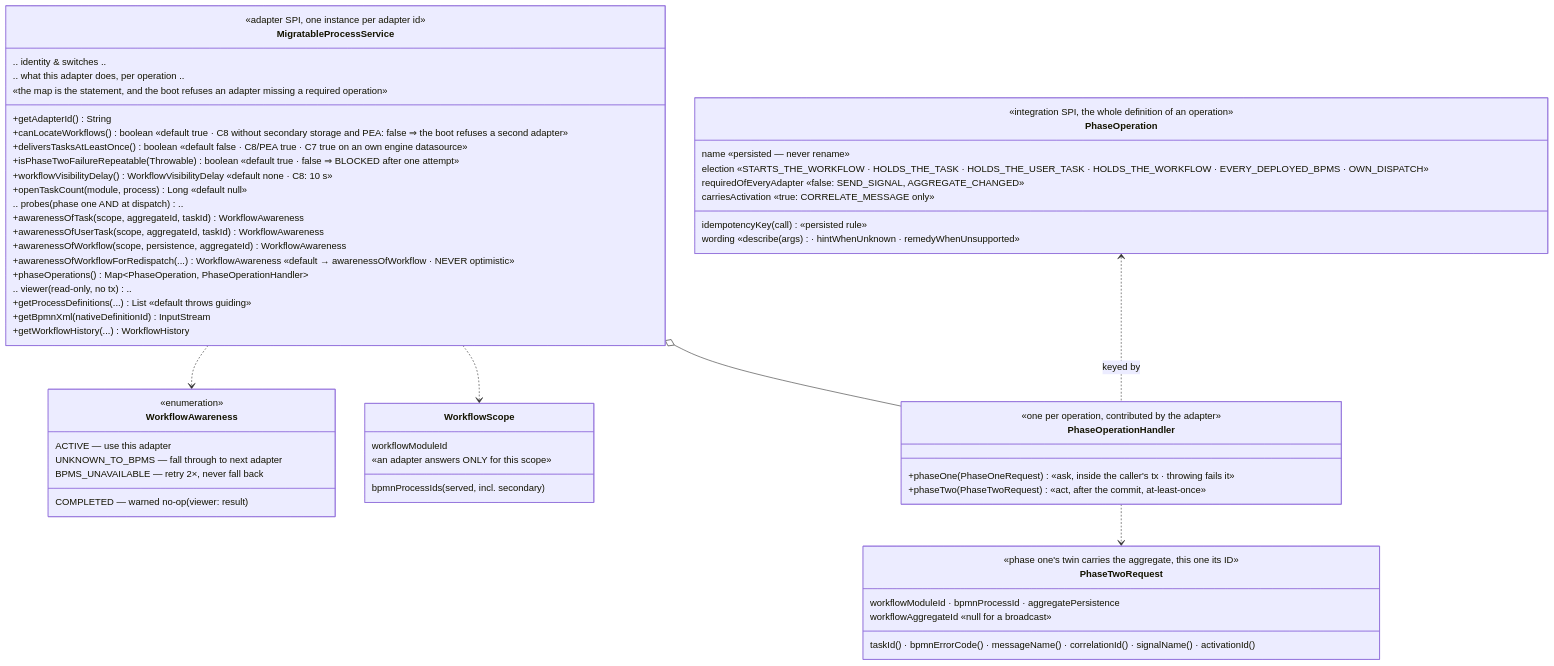
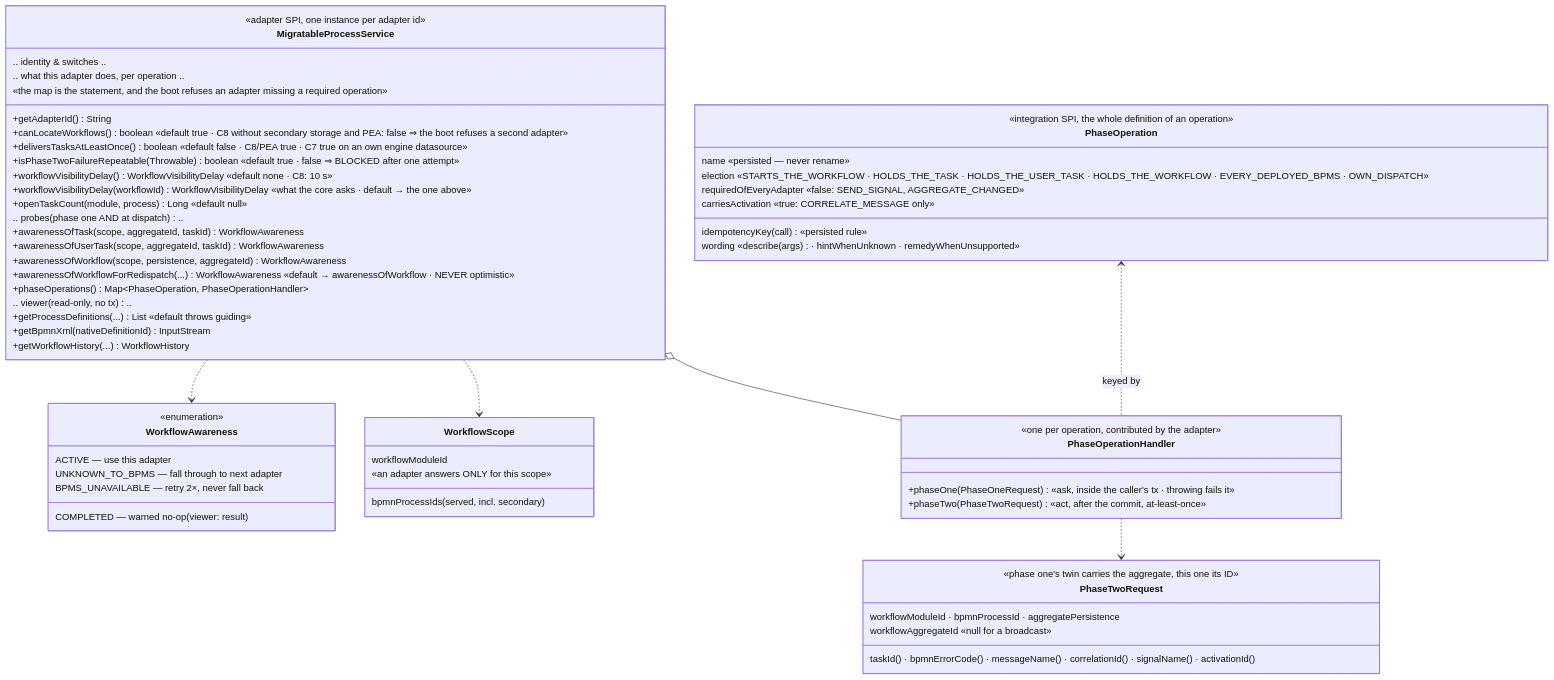
Before and after one commit to vanillabp/adapter-platform-integration: the tenth of 15 diagrams in migration-adapter/README.md, drawn with Mermaid. The commit also changed other lines of this file and 10 other files, not shown here.

````diff
--- a/migration-adapter/README.md
+++ b/migration-adapter/README.md
@@ -2278,62 +2293,63 @@
 ```mermaid
 classDiagram
   class MigratableProcessService {
     <<adapter SPI, one instance per adapter id>>
     +getAdapterId() String
     .. identity & switches ..
     +canLocateWorkflows() boolean  «default true · C8 without secondary storage and PEA: false ⇒ the boot refuses a second adapter»
     +deliversTasksAtLeastOnce() boolean  «default false · C8/PEA true · C7 true on an own engine datasource»
     +isPhaseTwoFailureRepeatable(Throwable) boolean  «default true · false ⇒ BLOCKED after one attempt»
     +workflowVisibilityDelay() WorkflowVisibilityDelay  «default none · C8: 10 s»
+    +workflowVisibilityDelay(workflowId) WorkflowVisibilityDelay  «what the core asks · default → the one above»
     +openTaskCount(module, process) Long  «default null»
     .. probes (phase one AND at dispatch) ..
     +awarenessOfTask(scope, aggregateId, taskId) WorkflowAwareness
     +awarenessOfUserTask(scope, aggregateId, taskId) WorkflowAwareness
     +awarenessOfWorkflow(scope, persistence, aggregateId) WorkflowAwareness
     +awarenessOfWorkflowForRedispatch(...) WorkflowAwareness  «default → awarenessOfWorkflow · NEVER optimistic»
     .. what this adapter does, per operation ..
     +phaseOperations() Map~PhaseOperation, PhaseOperationHandler~
     «the map is the statement, and the boot refuses an adapter missing a required operation»
     .. viewer (read-only, no tx) ..
     +getProcessDefinitions(...) List  «default throws guiding»
     +getBpmnXml(nativeDefinitionId) InputStream
     +getWorkflowHistory(...) WorkflowHistory
   }
   class WorkflowAwareness {
     <<enumeration>>
     ACTIVE — use this adapter
     COMPLETED — warned no-op (viewer: result)
     UNKNOWN_TO_BPMS — fall through to next adapter
     BPMS_UNAVAILABLE — retry 2×, never fall back
   }
   class WorkflowScope {
     workflowModuleId
     bpmnProcessIds (served, incl. secondary)
     «an adapter answers ONLY for this scope»
   }
   class PhaseOperationHandler {
     <<one per operation, contributed by the adapter>>
     +phaseOne(PhaseOneRequest)  «ask, inside the caller's tx · throwing fails it»
     +phaseTwo(PhaseTwoRequest)  «act, after the commit, at-least-once»
   }
   class PhaseOperation {
     <<integration SPI, the whole definition of an operation>>
     name  «persisted — never rename»
     idempotencyKey(call)  «persisted rule»
     election  «STARTS_THE_WORKFLOW · HOLDS_THE_TASK · HOLDS_THE_USER_TASK · HOLDS_THE_WORKFLOW · EVERY_DEPLOYED_BPMS · OWN_DISPATCH»
     requiredOfEveryAdapter  «false: SEND_SIGNAL, AGGREGATE_CHANGED»
     carriesActivation  «true: CORRELATE_MESSAGE only»
     wording  «describe(args) · hintWhenUnknown · remedyWhenUnsupported»
   }
   class PhaseTwoRequest {
     <<phase one's twin carries the aggregate, this one its ID>>
     workflowModuleId · bpmnProcessId · aggregatePersistence
     workflowAggregateId  «null for a broadcast»
     taskId() · bpmnErrorCode() · messageName() · correlationId() · signalName() · activationId()
   }
   MigratableProcessService ..> WorkflowAwareness
   MigratableProcessService ..> WorkflowScope
   MigratableProcessService o-- PhaseOperationHandler
   PhaseOperationHandler ..> PhaseTwoRequest
   PhaseOperation <.. PhaseOperationHandler : keyed by
 ```
````
